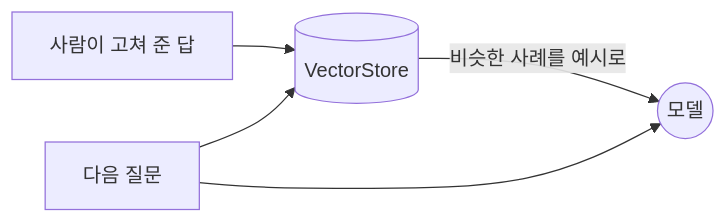
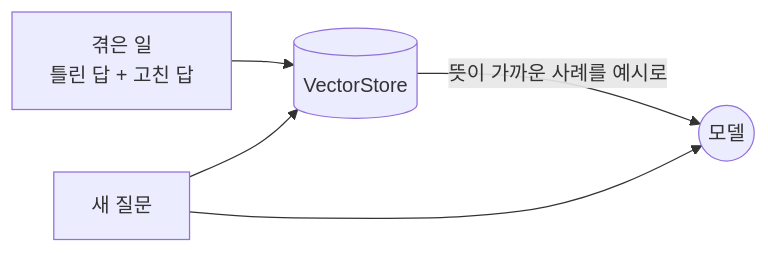
One commit to devjune/ai-study changed the tenth of 22 diagrams in docs/phase2/Spring AI로 구현하는 에이전틱 패턴.md. Above: the diagram before and after it, drawn with Mermaid. The commit also changed other lines of this file and 8 other files, not shown here.

````diff
--- a/docs/phase2/Spring AI로 구현하는 에이전틱 패턴.md
+++ b/docs/phase2/Spring AI로 구현하는 에이전틱 패턴.md
@@ -421,7 +423,7 @@
 ```mermaid
 flowchart LR
-    A[사람이 고쳐 준 답] --> S[(VectorStore)]
-    Q[다음 질문] --> S
+    A[겪은 일<br/>틀린 답 + 고친 답] --> S[(VectorStore)]
+    Q[새 질문] --> S
     Q --> M((모델))
-    S -->|비슷한 사례를 예시로| M
+    S -->|뜻이 가까운 사례를 예시로| M
 ```
````
